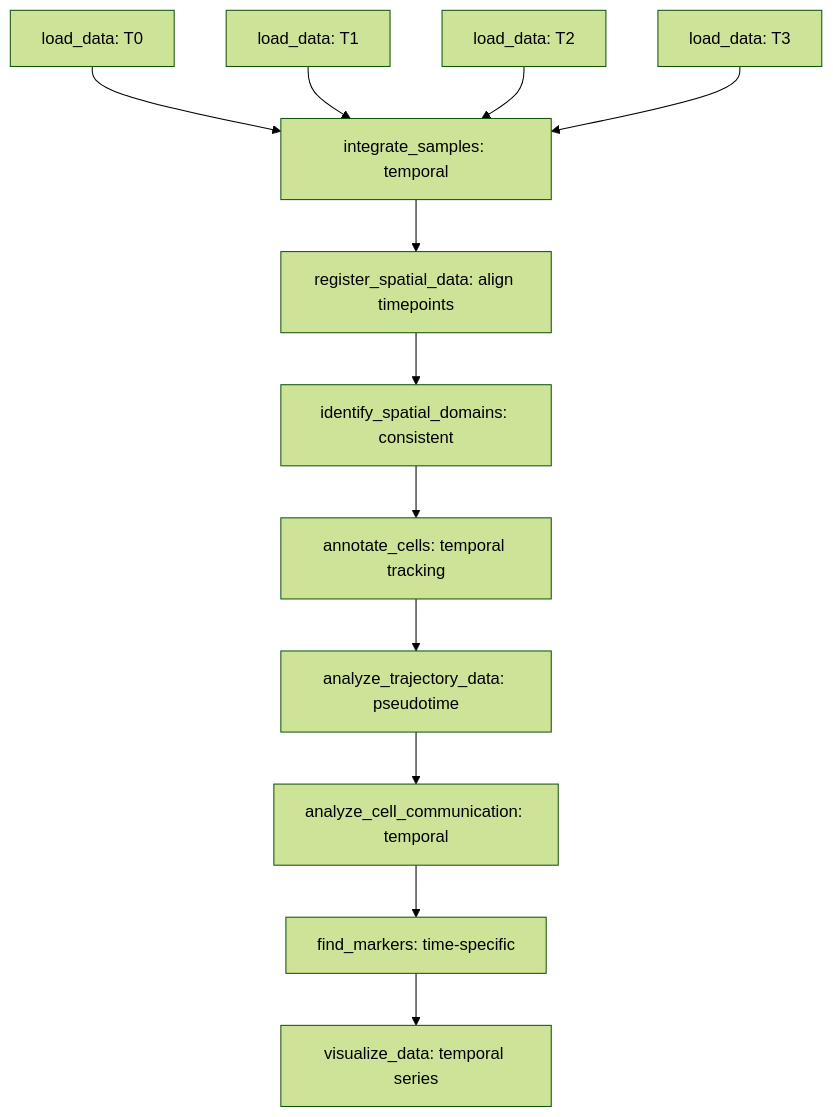
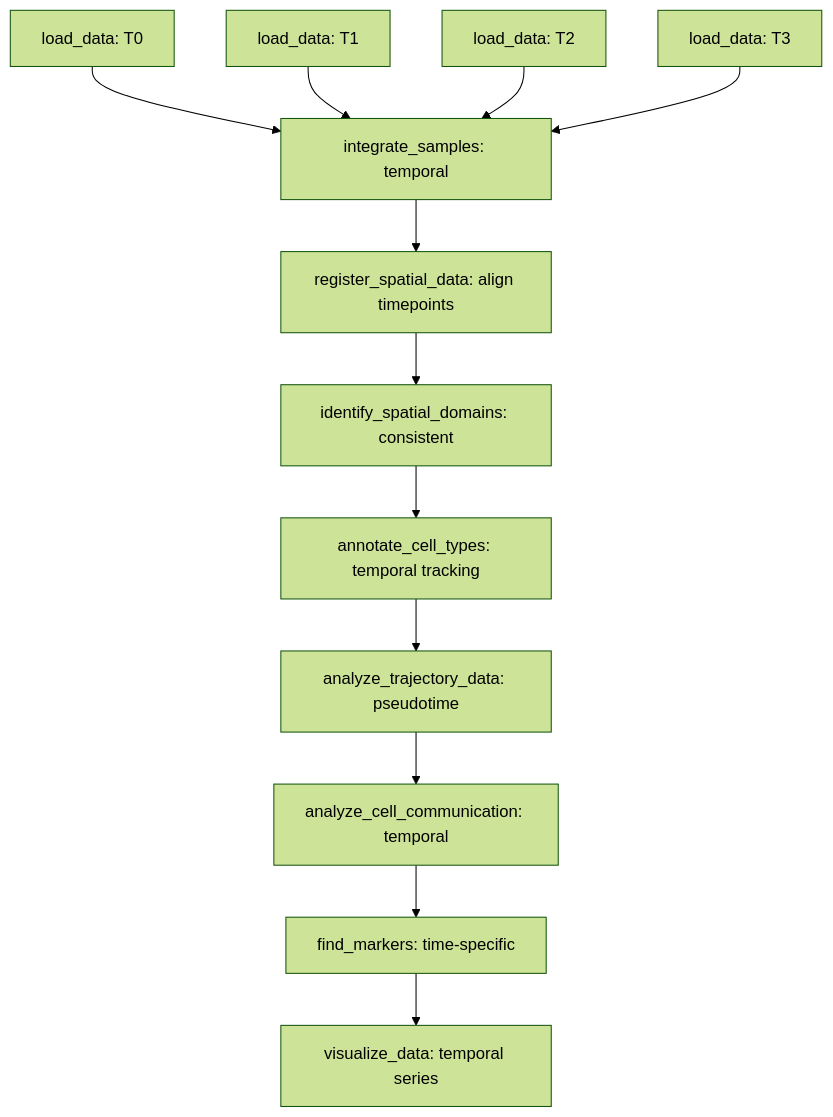
One commit to cafferychen777/ChatSpatial changed the sixth of 7 diagrams in docs/reference/quick-reference/common-workflows.md. Above: the diagram before and after it, drawn with Mermaid (forest theme). The commit also changed other lines of this file and 18 other files, not shown here.

````diff
--- a/docs/reference/quick-reference/common-workflows.md
+++ b/docs/reference/quick-reference/common-workflows.md
@@ -397,14 +397,14 @@
 ```mermaid
 graph TD
     A[load_data: T0] --> E[integrate_samples: temporal]
     B[load_data: T1] --> E
     C[load_data: T2] --> E
     D[load_data: T3] --> E
     E --> F[register_spatial_data: align timepoints]
     F --> G[identify_spatial_domains: consistent]
-    G --> H[annotate_cells: temporal tracking]
+    G --> H[annotate_cell_types: temporal tracking]
     H --> I[analyze_trajectory_data: pseudotime]
     I --> J[analyze_cell_communication: temporal]
     J --> K[find_markers: time-specific]
     K --> L[visualize_data: temporal series]
 ```
````
